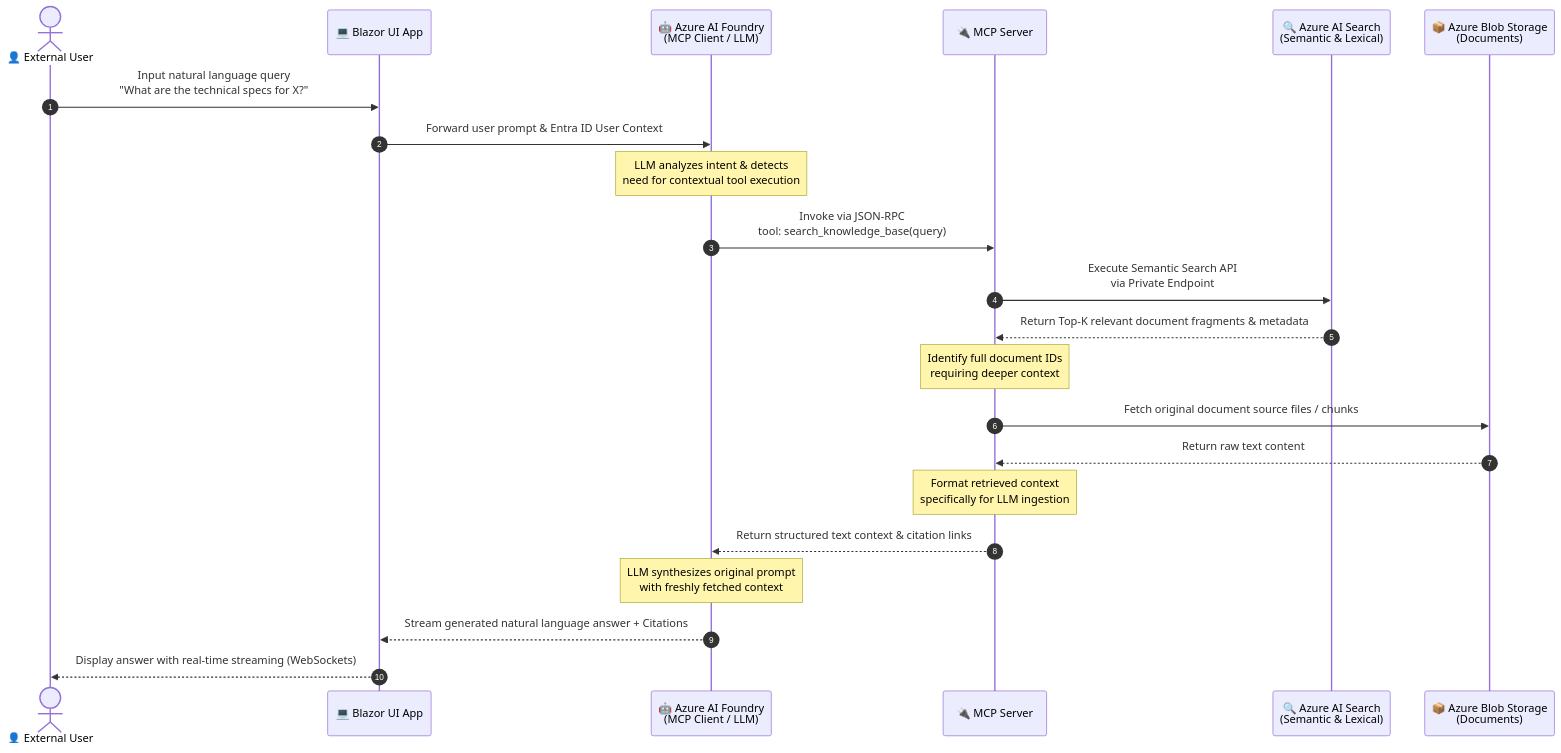
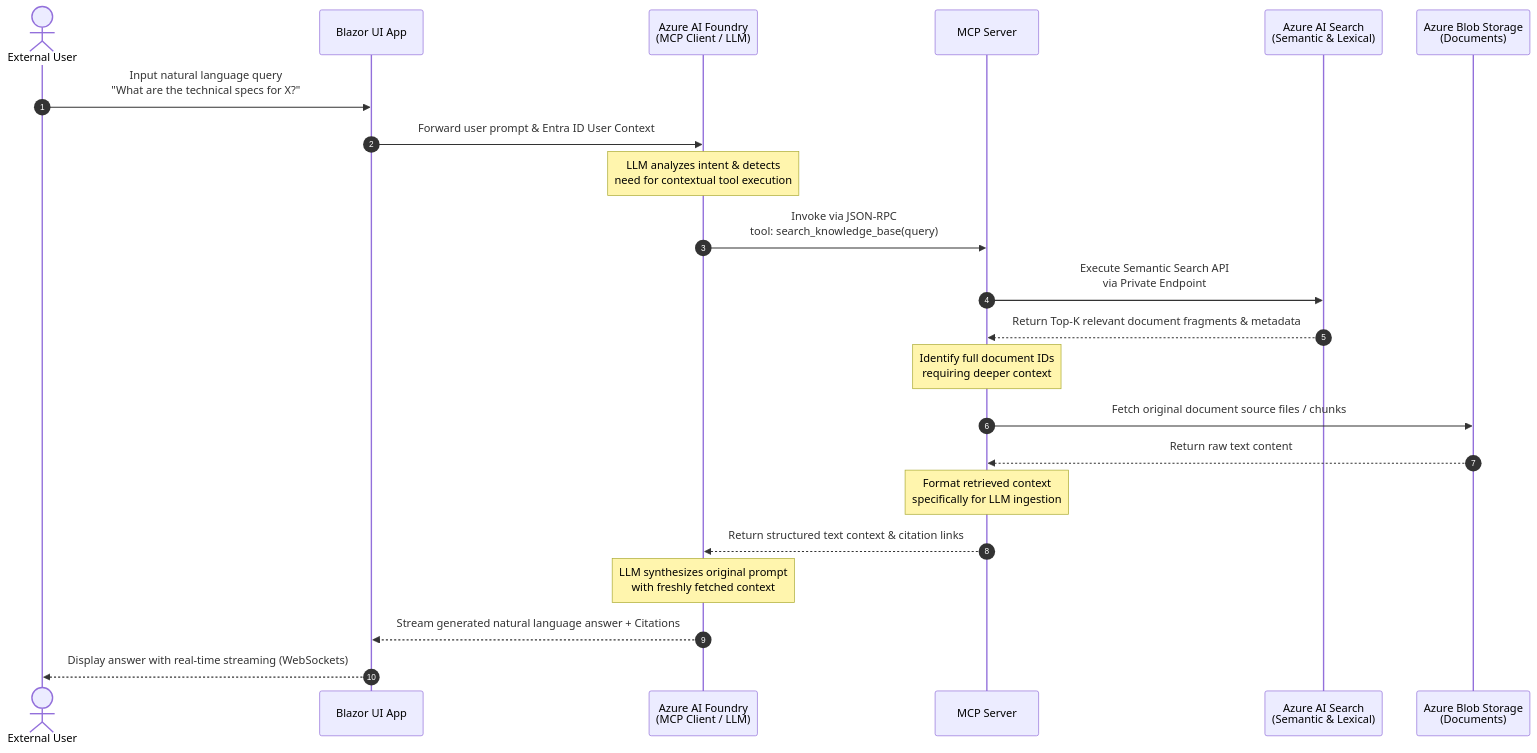
The diagram in DataFlow.md (skowragn/Agentic_RAG_System), drawn with Mermaid before and after one commit.

Commit message:
Refactor participant names in DataFlow diagram
Updated participant names in the sequence diagram for clarity.

````diff
--- a/DataFlow.md
+++ b/DataFlow.md
@@ -5,28 +5,28 @@
 ```mermaid
 sequenceDiagram
     autonumber
-    actor User as 👤 External User
-    participant UI as 💻 Blazor UI App
-    participant Client as 🤖 Azure AI Foundry<br>(MCP Client / LLM)
-    participant Server1 as 🔌 MCP Server #1<br>(AI Search Tool)
-    participant AISearch as 🔍 Azure AI Search<br>(Semantic & Lexical)
-    participant Blob as 📦 Azure Blob Storage<br>(Documents)
+    actor User as External User
+    participant UI as Blazor UI App
+    participant Client as Azure AI Foundry<br>(MCP Client / LLM)
+    participant Server1 as MCP Server #1<br>(AI Search Tool)
+    participant AISearch as Azure AI Search<br>(Semantic & Lexical)
+    participant Blob as Azure Blob Storage<br>(Documents)
 
     User->>UI: Input natural language query<br>"What are the technical specs for X?"
     UI->>Client: Forward user prompt & Entra ID User Context
     Note over Client: LLM analyzes intent & detects<br>need for contextual tool execution
     Client->>Server1: Invoke via JSON-RPC<br>tool: search_knowledge_base(query)
     Server1->>AISearch: Execute Semantic Search API <br>via Private Endpoint
     AISearch-->>Server1: Return Top-K relevant document fragments & metadata
     
     Note over Server1: Identify full document IDs<br>requiring deeper context
     Server1->>Blob: Fetch original document source files / chunks
     Blob-->>Server1: Return raw text content
     
     Note over Server1: Format retrieved context <br>specifically for LLM ingestion
     Server1-->>Client: Return structured text context & citation links
     
     Note over Client: LLM synthesizes original prompt<br>with freshly fetched context
     Client-->>UI: Stream generated natural language answer + Citations
     UI-->>User: Display answer with real-time streaming (WebSockets)
 ```
````
